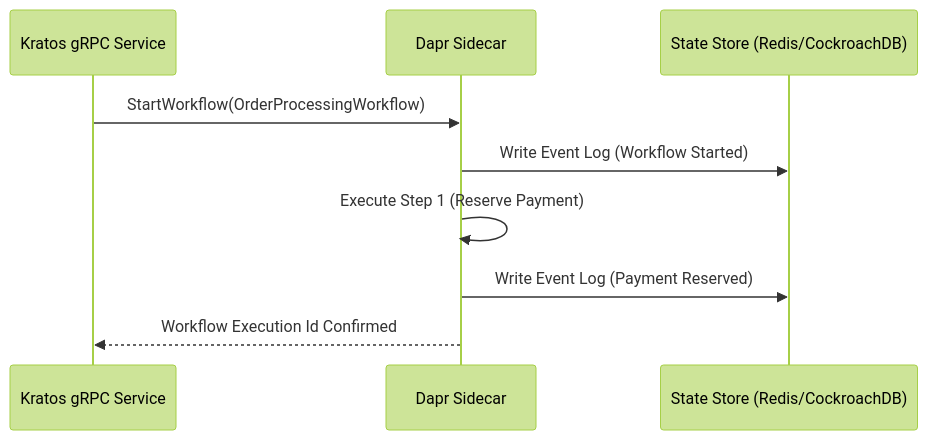
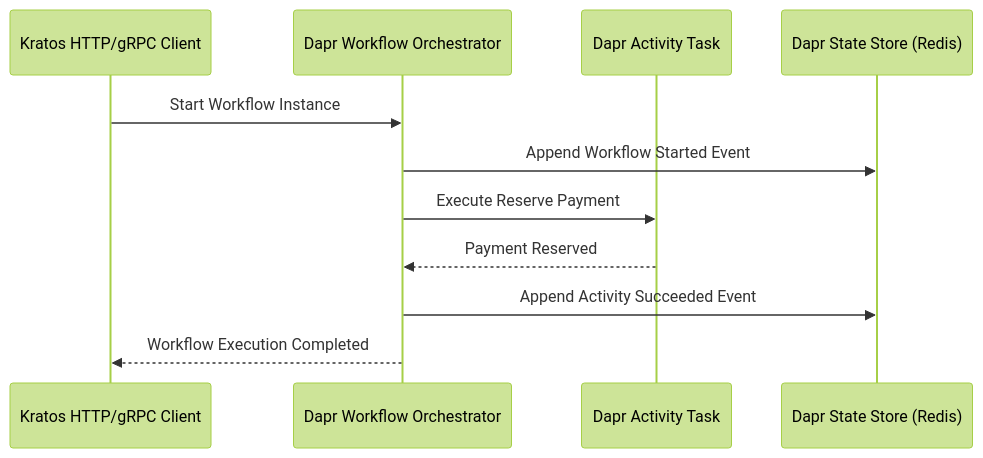
One commit to vesviet/vesviet changed the diagram in content/radar/2026-06/radar-2026-06-22.md. Above: the diagram before and after it, drawn with Mermaid (forest theme). The commit also changed other lines of this file and 21 other files, not shown here.

````diff
--- a/content/radar/2026-06/radar-2026-06-22.md
+++ b/content/radar/2026-06/radar-2026-06-22.md
@@ -164,12 +137,14 @@
 ```mermaid
 sequenceDiagram
-    participant Kratos as Kratos gRPC Service
-    participant Sidecar as Dapr Sidecar
-    participant State as State Store (Redis/CockroachDB)
+    participant Client as Kratos HTTP/gRPC Client
+    participant Orchestrator as Dapr Workflow Orchestrator
+    participant Activity as Dapr Activity Task
+    participant Redis as Dapr State Store (Redis)
 
-    Kratos->>Sidecar: StartWorkflow(OrderProcessingWorkflow)
-    Sidecar->>State: Write Event Log (Workflow Started)
-    Sidecar->>Sidecar: Execute Step 1 (Reserve Payment)
-    Sidecar->>State: Write Event Log (Payment Reserved)
-    Sidecar-->>Kratos: Workflow Execution Id Confirmed
+    Client->>Orchestrator: Start Workflow Instance
+    Orchestrator->>Redis: Append Workflow Started Event
+    Orchestrator->>Activity: Execute Reserve Payment
+    Activity-->>Orchestrator: Payment Reserved
+    Orchestrator->>Redis: Append Activity Succeeded Event
+    Orchestrator-->>Client: Workflow Execution Completed
 ```
````
